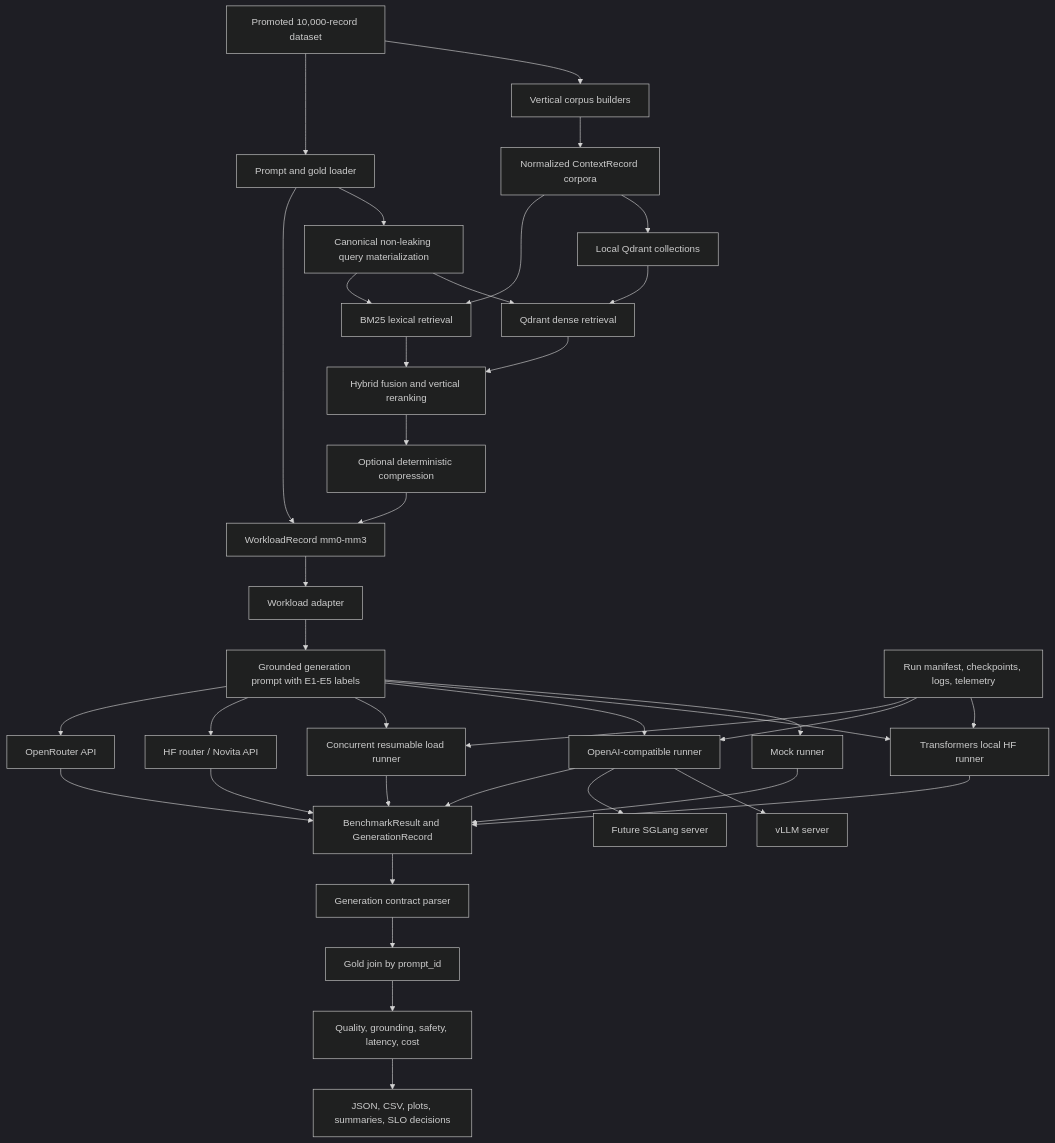
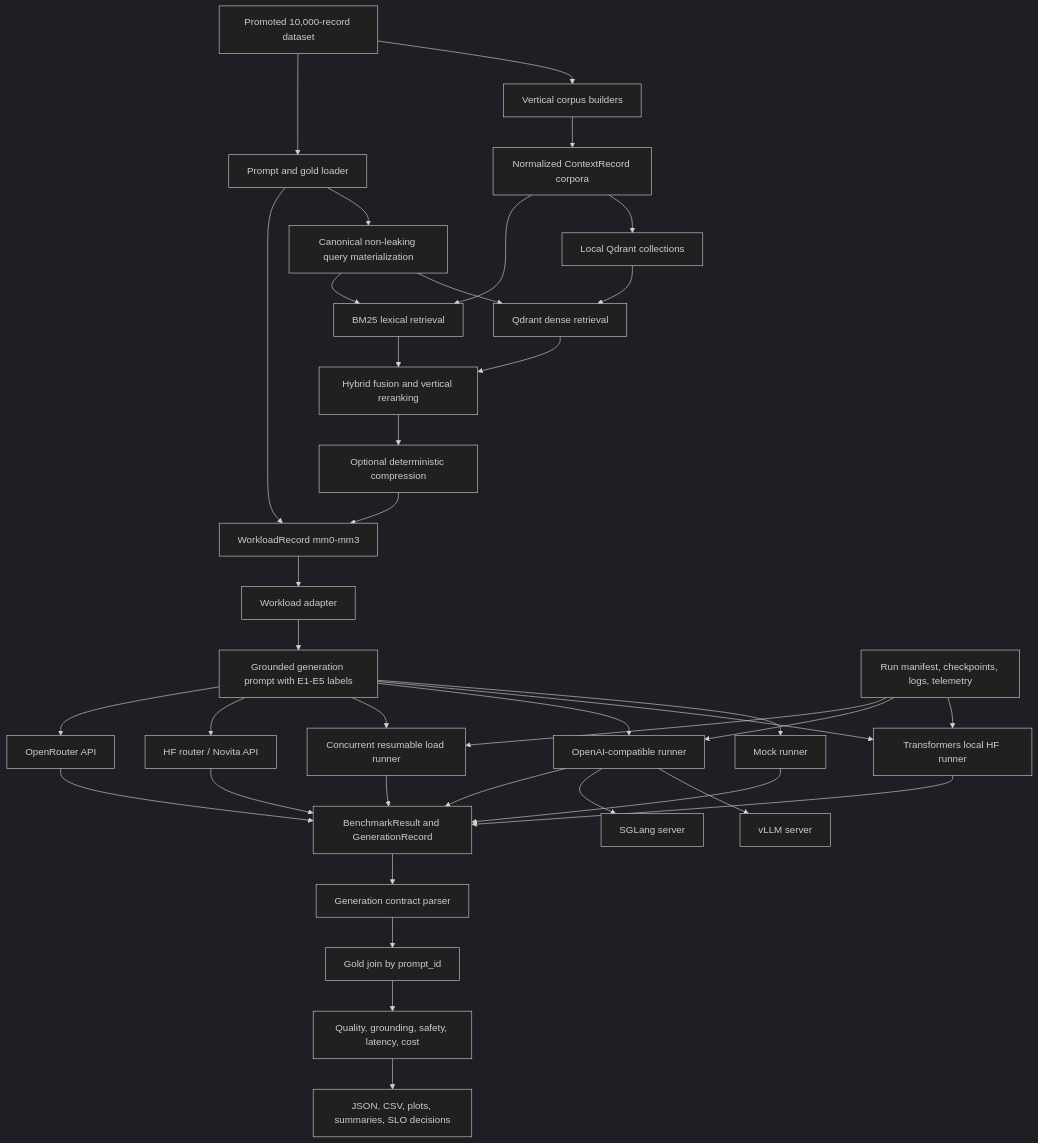
Before and after one commit to Kparos000/LLM-Inference-Optimization-Suite: the diagram in docs/95_definitive_technical_briefing.md, drawn with Mermaid (dark theme). The commit also changed other lines of this file and 18 other files, not shown here.

````diff
--- a/docs/95_definitive_technical_briefing.md
+++ b/docs/95_definitive_technical_briefing.md
@@ -170,40 +170,40 @@
 ```mermaid
 flowchart TD
     A[Promoted 10,000-record dataset] --> B[Vertical corpus builders]
     B --> C[Normalized ContextRecord corpora]
     C --> D[Local Qdrant collections]
     A --> E[Prompt and gold loader]
     E --> F[Canonical non-leaking query materialization]
     D --> G[Qdrant dense retrieval]
     C --> H[BM25 lexical retrieval]
     F --> G
     F --> H
     G --> I[Hybrid fusion and vertical reranking]
     H --> I
     I --> J[Optional deterministic compression]
     J --> K[WorkloadRecord mm0-mm3]
     E --> K
     K --> L[Workload adapter]
     L --> M[Grounded generation prompt with E1-E5 labels]
     M --> N1[Mock runner]
     M --> N2[Transformers local HF runner]
     M --> N3[OpenAI-compatible runner]
     M --> N4[Concurrent resumable load runner]
     N3 --> O1[vLLM server]
-    N3 --> O2[Future SGLang server]
+    N3 --> O2[SGLang server]
     M --> O3[HF router / Novita API]
     M --> O4[OpenRouter API]
     N1 --> P[BenchmarkResult and GenerationRecord]
     N2 --> P
     N3 --> P
     N4 --> P
     O3 --> P
     O4 --> P
     P --> Q[Generation contract parser]
     Q --> R[Gold join by prompt_id]
     R --> S[Quality, grounding, safety, latency, cost]
     S --> T[JSON, CSV, plots, summaries, SLO decisions]
     U[Run manifest, checkpoints, logs, telemetry] --> N2
     U --> N3
     U --> N4
 ```
````
